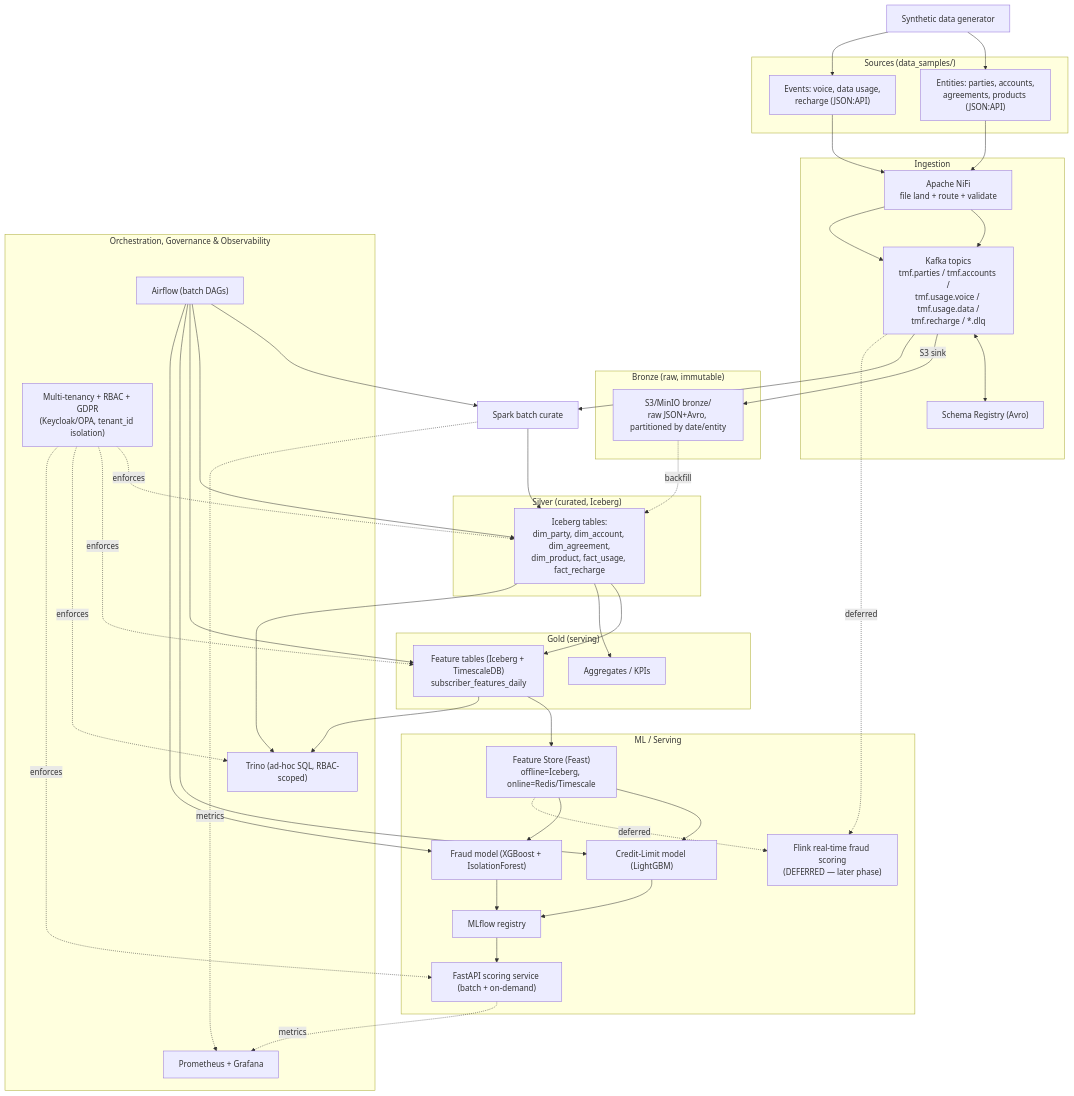
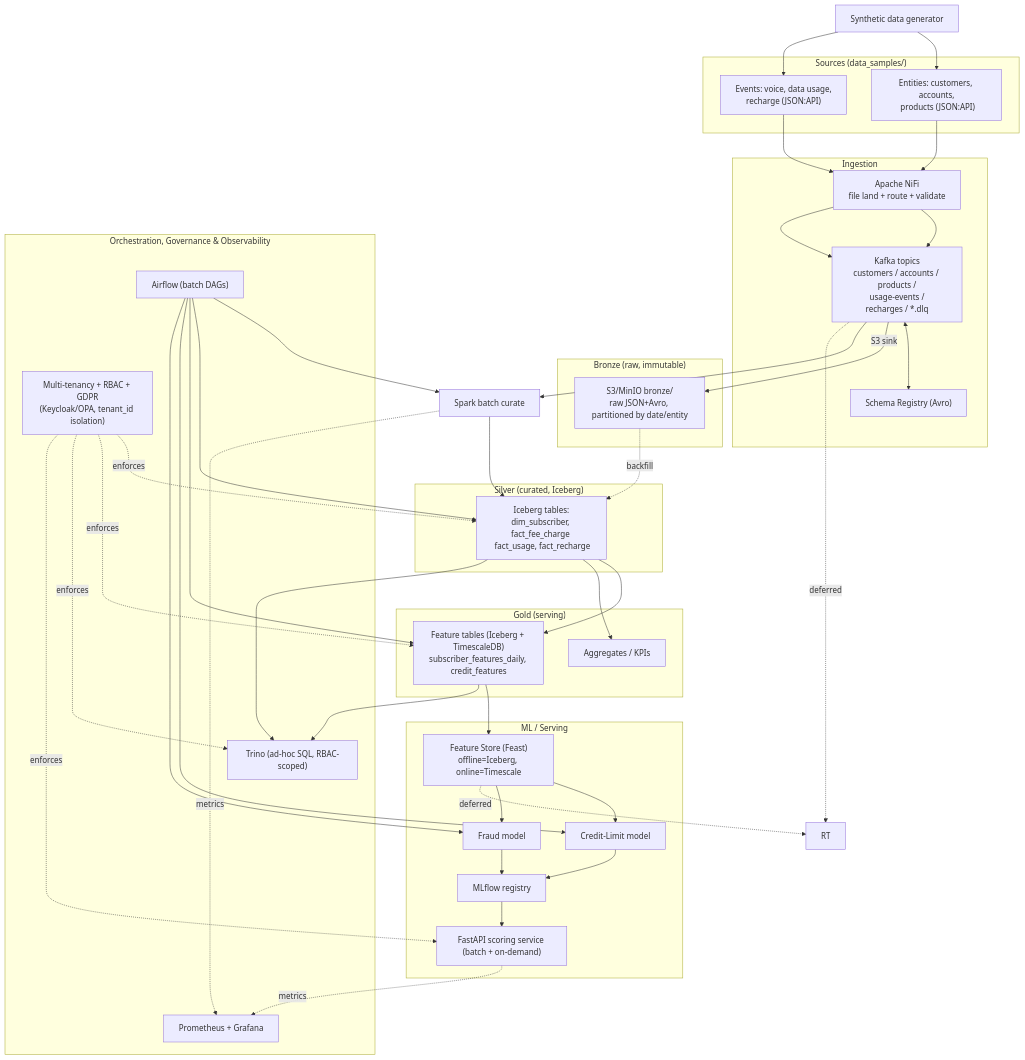
Before and after one commit to vikasagarwal2485/intelligent_data_platform: the diagram in docs/architecture_and_implementation_plan.md, drawn with Mermaid.

````diff
--- a/docs/architecture_and_implementation_plan.md
+++ b/docs/architecture_and_implementation_plan.md
@@ -76,62 +76,61 @@
 ```mermaid
 flowchart TB
     subgraph SRC["Sources (data_samples/)"]
-        E1["Entities: parties, accounts,<br/>agreements, products (JSON:API)"]
+        E1["Entities: customers, accounts,<br/> products (JSON:API)"]
         E2["Events: voice, data usage,<br/>recharge (JSON:API)"]
     end
 
     subgraph ING["Ingestion"]
         NIFI["Apache NiFi<br/>file land + route + validate"]
-        KAFKA["Kafka topics<br/>tmf.parties / tmf.accounts /<br/>tmf.usage.voice / tmf.usage.data /<br/>tmf.recharge / *.dlq"]
+        KAFKA["Kafka topics<br/>customers / accounts / products /<br/>usage-events /<br/>recharges / *.dlq"]
         SR["Schema Registry (Avro)"]
     end
 
     subgraph BRONZE["Bronze (raw, immutable)"]
         B["S3/MinIO bronze/<br/>raw JSON+Avro, partitioned by date/entity"]
     end
 
     subgraph SILVER["Silver (curated, Iceberg)"]
-        S["Iceberg tables:<br/>dim_party, dim_account, dim_agreement,<br/>dim_product, fact_usage, fact_recharge"]
+        S["Iceberg tables:<br/>dim_subscriber, fact_fee_charge <br/> fact_usage, fact_recharge"]
     end
 
     subgraph GOLD["Gold (serving)"]
-        G1["Feature tables (Iceberg + TimescaleDB)<br/>subscriber_features_daily"]
+        G1["Feature tables (Iceberg + TimescaleDB)<br/>subscriber_features_daily, credit_features"]
         G2["Aggregates / KPIs"]
     end
 
     subgraph ML["ML / Serving"]
-        FS["Feature Store (Feast)<br/>offline=Iceberg, online=Redis/Timescale"]
-        M1["Credit-Limit model (LightGBM)"]
-        M2["Fraud model (XGBoost + IsolationForest)"]
+        FS["Feature Store (Feast)<br/>offline=Iceberg, online=Timescale"]
+        M1["Credit-Limit model"]
+        M2["Fraud model"]
         REG["MLflow registry"]
         API["FastAPI scoring service (batch + on-demand)"]
-        RT["Flink real-time fraud scoring<br/>(DEFERRED — later phase)"]
     end
 
     subgraph OPS["Orchestration, Governance & Observability"]
         AF["Airflow (batch DAGs)"]
         MON["Prometheus + Grafana"]
         TR["Trino (ad-hoc SQL, RBAC-scoped)"]
         GOV["Multi-tenancy + RBAC + GDPR<br/>(Keycloak/OPA, tenant_id isolation)"]
     end
 
     SYN["Synthetic data generator"] --> E1 & E2
     E1 --> NIFI --> KAFKA
     E2 --> NIFI --> KAFKA
     KAFKA <--> SR
     KAFKA -->|S3 sink| B
     KAFKA --> SPARK[Spark batch curate] --> S
     B -.backfill.-> S
     S --> G1 & G2
     G1 --> FS
     FS --> M1 & M2
     M1 & M2 --> REG --> API
     KAFKA -.deferred.-> RT
     FS -.deferred.-> RT
     AF --> SPARK & S & G1 & M1 & M2
     S --> TR
     G1 --> TR
     GOV -.enforces.-> S & G1 & TR & API
     SPARK -.metrics.-> MON
     API -.metrics.-> MON
 ```
````
